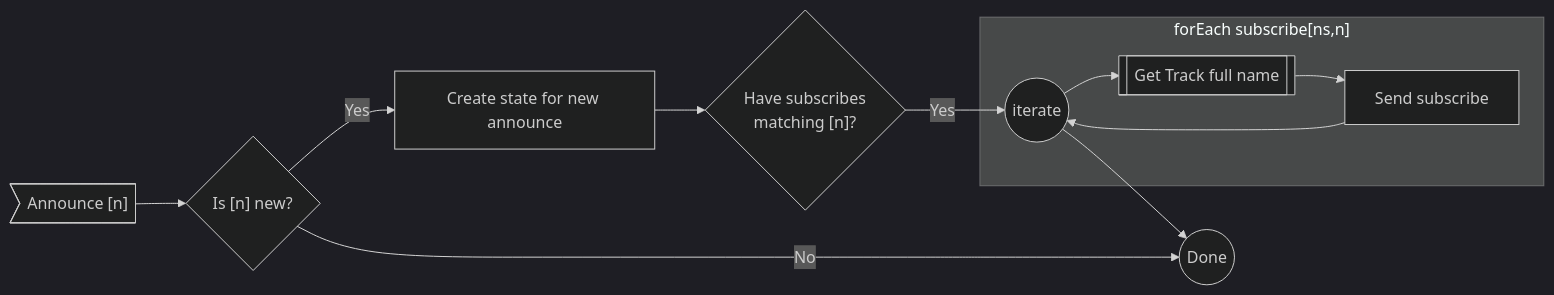
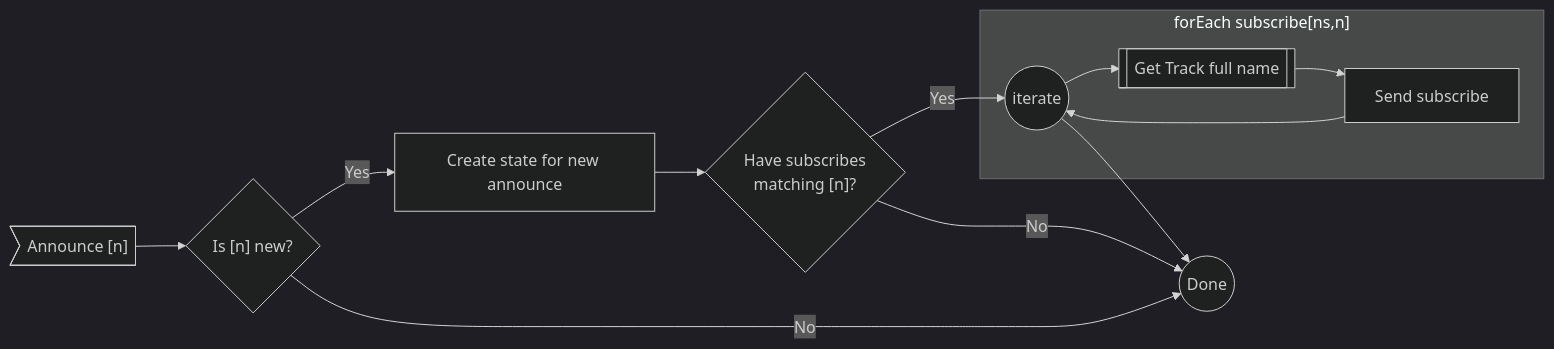
The fourth of 4 diagrams in docs/moq-implementation.md (Quicr/libquicr), drawn with Mermaid (dark theme) before and after one commit. The commit also changed other lines of this file, not shown here.

````diff
--- a/docs/moq-implementation.md
+++ b/docs/moq-implementation.md
@@ -175,18 +175,19 @@
 ```mermaid
 flowchart LR
     D((Done))
     
     A>"Announce [n]"] --> aC{"Is [n] new?"}
     aC -- Yes --> aCy[Create state for new announce]
     aCy --> sQ{"Have subscribes\nmatching [n]?"}
     sQ -- Yes --> sQy(("`iterate`"))
     subgraph "forEach subscribe[ns,n]"
     sQy --> sQy_a[[Get Track full name]]
     sQy_a --> sQy_b[Send subscribe]
     sQy_b --> sQy
     end
     sQy --> D
+    sQ -- No --> D
     aC -- No --> D
     
     
 ```
````
